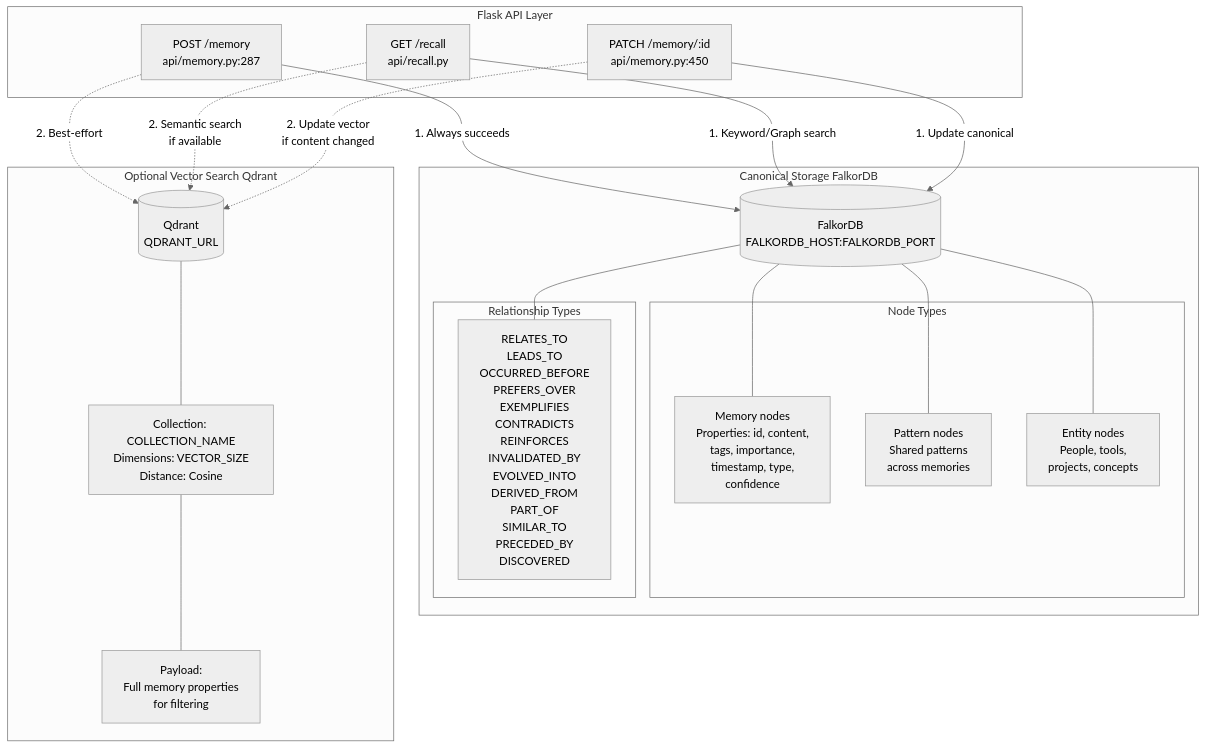
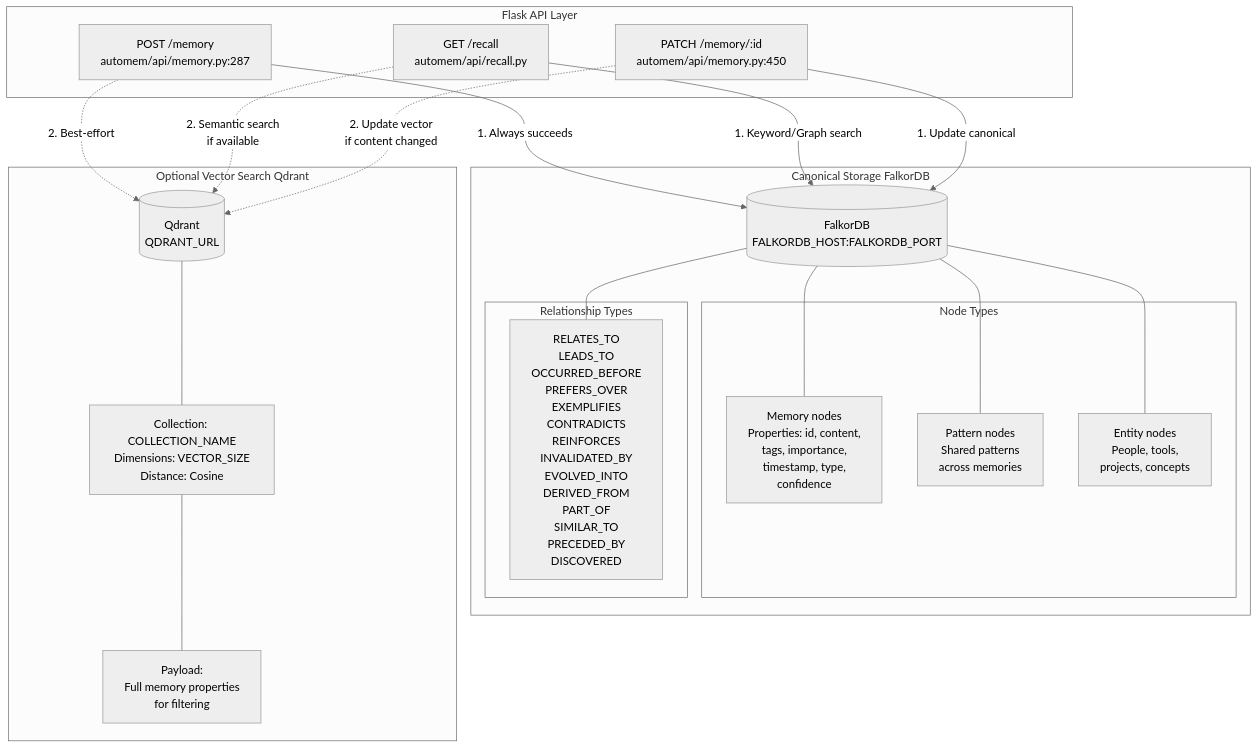
The diagram in src/content/docs/docs/architecture/data-stores.md (verygoodplugins/automem-website), drawn with Mermaid (neutral theme) before and after one commit.

Commit message:
docs: use full automem/api/ path prefix in diagram labels
https://claude.ai/code/session_01RQKEwztoY6G6TbDSZMyBZn

````diff
--- a/src/content/docs/docs/architecture/data-stores.md
+++ b/src/content/docs/docs/architecture/data-stores.md
@@ -29,45 +29,45 @@
 ```mermaid
 graph TB
     subgraph api["Flask API Layer"]
-        StoreMemory["POST /memory<br/>api/memory.py:287"]
-        RecallMemory["GET /recall<br/>api/recall.py"]
-        UpdateMemory["PATCH /memory/:id<br/>api/memory.py:450"]
+        StoreMemory["POST /memory<br/>automem/api/memory.py:287"]
+        RecallMemory["GET /recall<br/>automem/api/recall.py"]
+        UpdateMemory["PATCH /memory/:id<br/>automem/api/memory.py:450"]
     end
 
     subgraph canonical["Canonical Storage FalkorDB"]
         GraphDB[("FalkorDB<br/>FALKORDB_HOST:FALKORDB_PORT")]
 
         subgraph nodes["Node Types"]
             MemoryNode["Memory nodes<br/>Properties: id, content,<br/>tags, importance,<br/>timestamp, type,<br/>confidence"]
             PatternNode["Pattern nodes<br/>Shared patterns<br/>across memories"]
             EntityNode["Entity nodes<br/>People, tools,<br/>projects, concepts"]
         end
 
         subgraph edges["Relationship Types"]
             RelTypes["RELATES_TO<br/>LEADS_TO<br/>OCCURRED_BEFORE<br/>PREFERS_OVER<br/>EXEMPLIFIES<br/>CONTRADICTS<br/>REINFORCES<br/>INVALIDATED_BY<br/>EVOLVED_INTO<br/>DERIVED_FROM<br/>PART_OF<br/>SIMILAR_TO<br/>PRECEDED_BY<br/>DISCOVERED"]
         end
     end
 
     subgraph optional["Optional Vector Search Qdrant"]
         VectorDB[("Qdrant<br/>QDRANT_URL")]
         Collection["Collection: COLLECTION_NAME<br/>Dimensions: VECTOR_SIZE<br/>Distance: Cosine"]
         Payload["Payload:<br/>Full memory properties<br/>for filtering"]
     end
 
     StoreMemory -->|"1. Always succeeds"| GraphDB
     StoreMemory -.->|"2. Best-effort"| VectorDB
 
     RecallMemory -->|"1. Keyword/Graph search"| GraphDB
     RecallMemory -.->|"2. Semantic search<br/>if available"| VectorDB
 
     UpdateMemory -->|"1. Update canonical"| GraphDB
     UpdateMemory -.->|"2. Update vector<br/>if content changed"| VectorDB
 
     GraphDB --- MemoryNode
     GraphDB --- PatternNode
     GraphDB --- EntityNode
     GraphDB --- RelTypes
 
     VectorDB --- Collection
     Collection --- Payload
 ```
````
